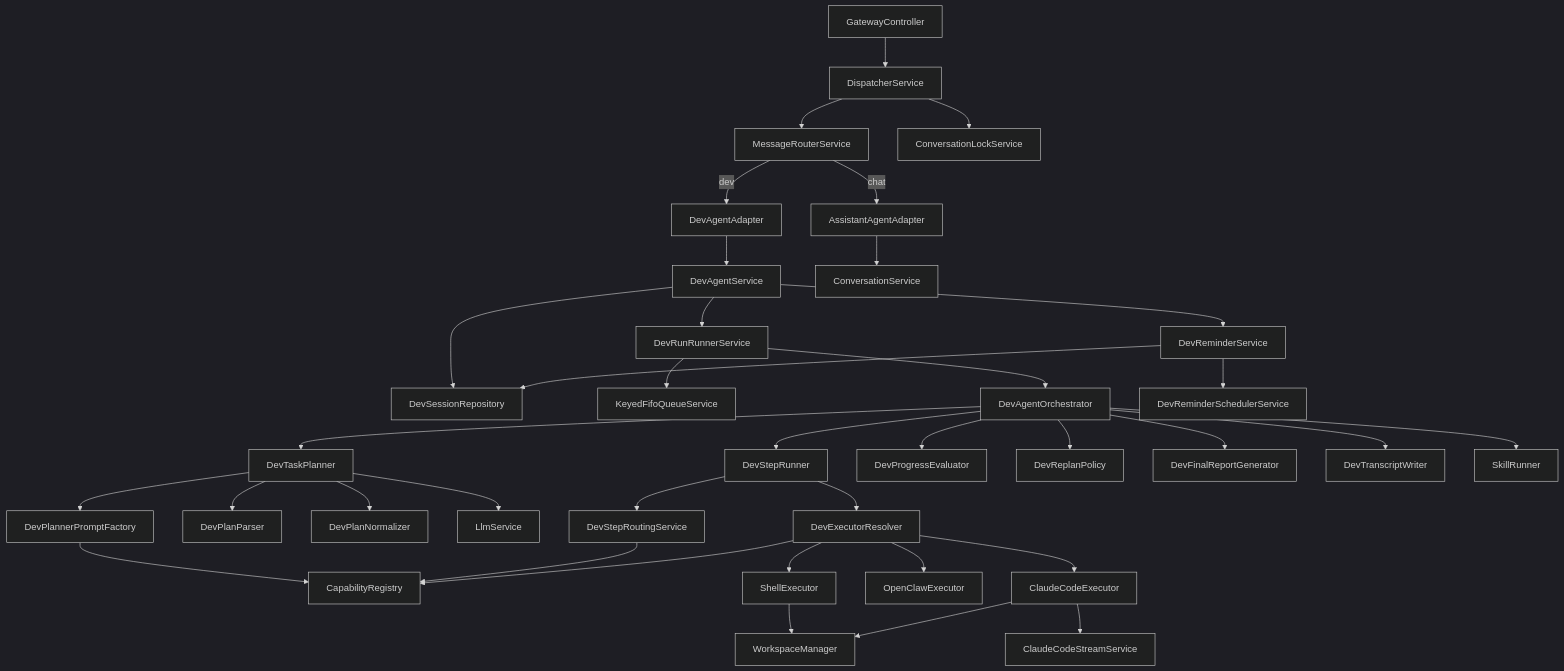
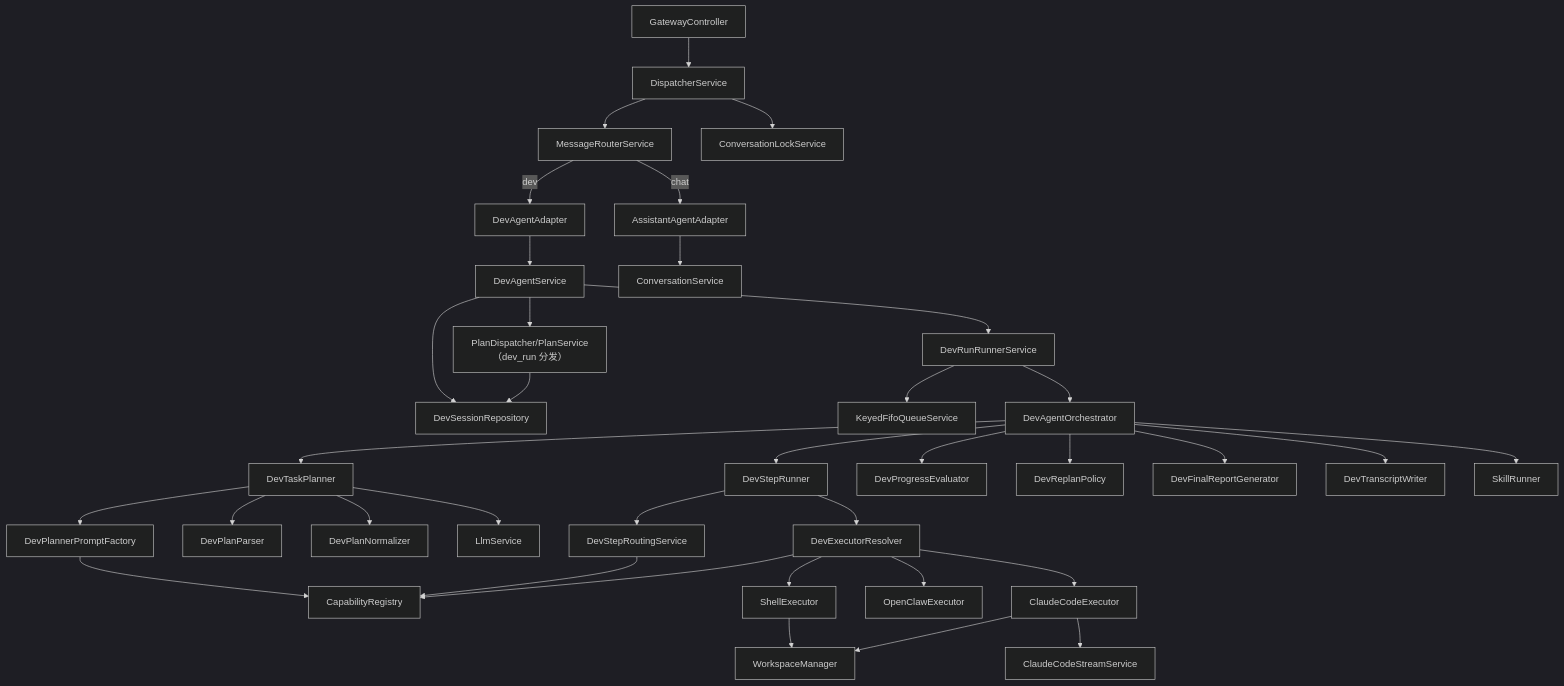
The first of 3 diagrams in docs/dev-agent-architecture.md (xuhailin/xiaoqing), drawn with Mermaid (dark theme) before and after one commit. The commit also changed other lines of this file and 34 other files, not shown here.

First line of the commit message:
refactor: remove DevReminder and switch local Prisma to db push

````diff
--- a/docs/dev-agent-architecture.md
+++ b/docs/dev-agent-architecture.md
@@ -34,47 +34,46 @@
 ```mermaid
 flowchart TD
   A[GatewayController] --> B[DispatcherService]
   B --> C[MessageRouterService]
   B --> D[ConversationLockService]
 
   C -->|dev| E[DevAgentAdapter]
   C -->|chat| F[AssistantAgentAdapter]
 
   E --> G[DevAgentService]
   F --> H[ConversationService]
 
   G --> I[DevSessionRepository]
   G --> J[DevRunRunnerService]
-  G --> K[DevReminderService]
+  G --> K[PlanDispatcher/PlanService（dev_run 分发）]
 
   J --> L[KeyedFifoQueueService]
   J --> M[DevAgentOrchestrator]
 
   M --> N[DevTaskPlanner]
   M --> O[DevStepRunner]
   M --> P[DevProgressEvaluator]
   M --> Q[DevReplanPolicy]
   M --> R[DevFinalReportGenerator]
   M --> S[DevTranscriptWriter]
   M --> T[SkillRunner]
 
   N --> N1[DevPlannerPromptFactory]
   N --> N2[DevPlanParser]
   N --> N3[DevPlanNormalizer]
   N --> U[LlmService]
   N1 --> V[CapabilityRegistry]
 
   O --> O0[DevStepRoutingService]
   O --> O1[DevExecutorResolver]
   O0 --> V
   O1 --> V
   O1 --> W[ShellExecutor]
   O1 --> X[OpenClawExecutor]
   O1 --> Y[ClaudeCodeExecutor]
   Y --> Y1[ClaudeCodeStreamService]
   W --> Z[WorkspaceManager]
   Y --> Z
 
-  K --> K1[DevReminderSchedulerService]
   K --> I
 ```
````
